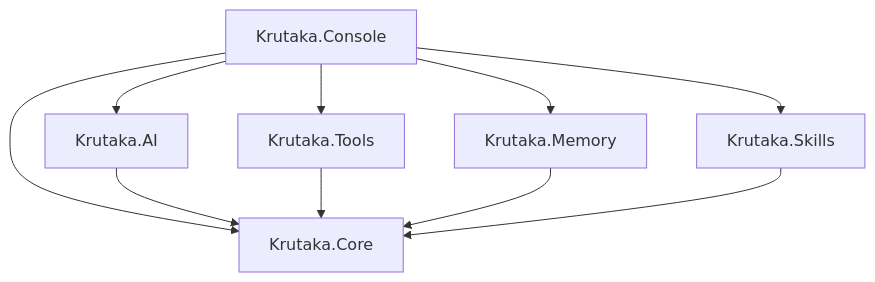
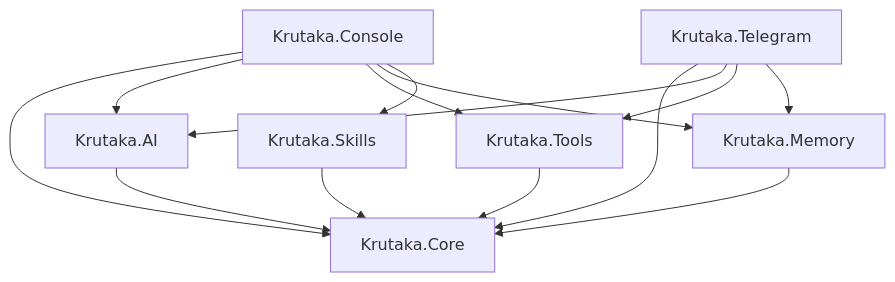
The second of 3 diagrams in docs/architecture/OVERVIEW.md (chethandvg/krutaka), drawn with Mermaid before and after one commit. The commit also changed other lines of this file and 2 other files, not shown here.

Commit message:
Update architecture docs for v0.4.0 - OVERVIEW.md, SECURITY.md, PROGRESS.md

````diff
--- a/docs/architecture/OVERVIEW.md
+++ b/docs/architecture/OVERVIEW.md
@@ -710,12 +767,16 @@
 ```mermaid
 graph TD
   Console["Krutaka.Console"] --> Core["Krutaka.Core"]
   Console --> AI["Krutaka.AI"]
   Console --> Tools["Krutaka.Tools"]
   Console --> Memory["Krutaka.Memory"]
   Console --> Skills["Krutaka.Skills"]
+  Telegram["Krutaka.Telegram"] --> Core
+  Telegram --> AI
+  Telegram --> Tools
+  Telegram --> Memory
   AI --> Core
   Tools --> Core
   Memory --> Core
   Skills --> Core
 ```
````
